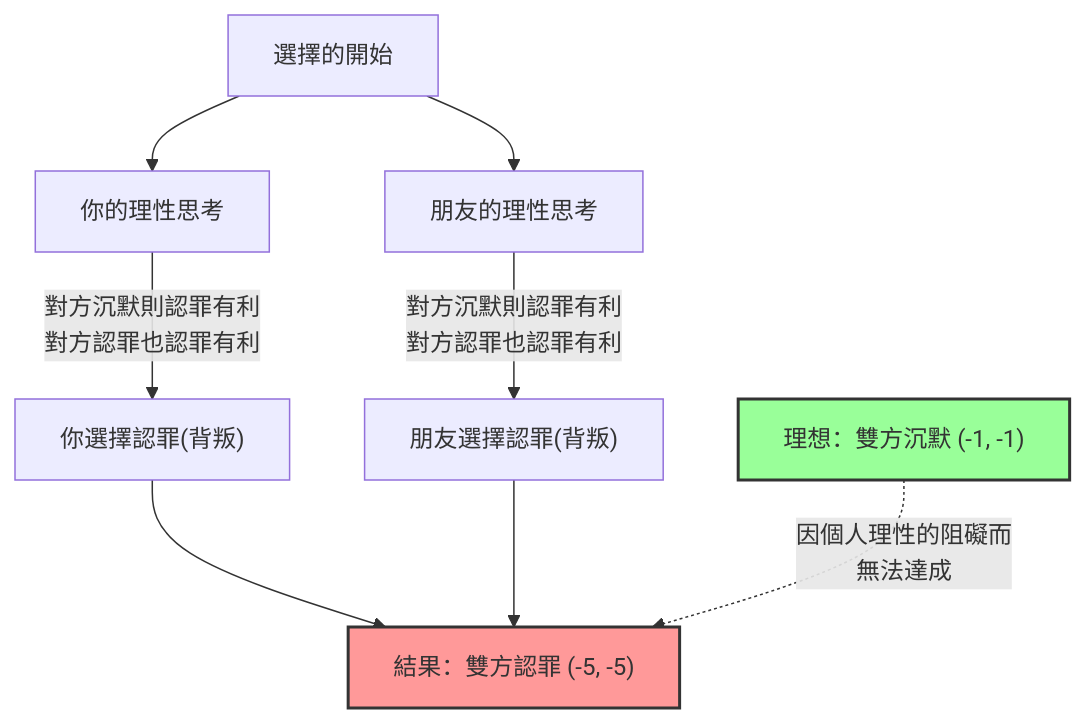
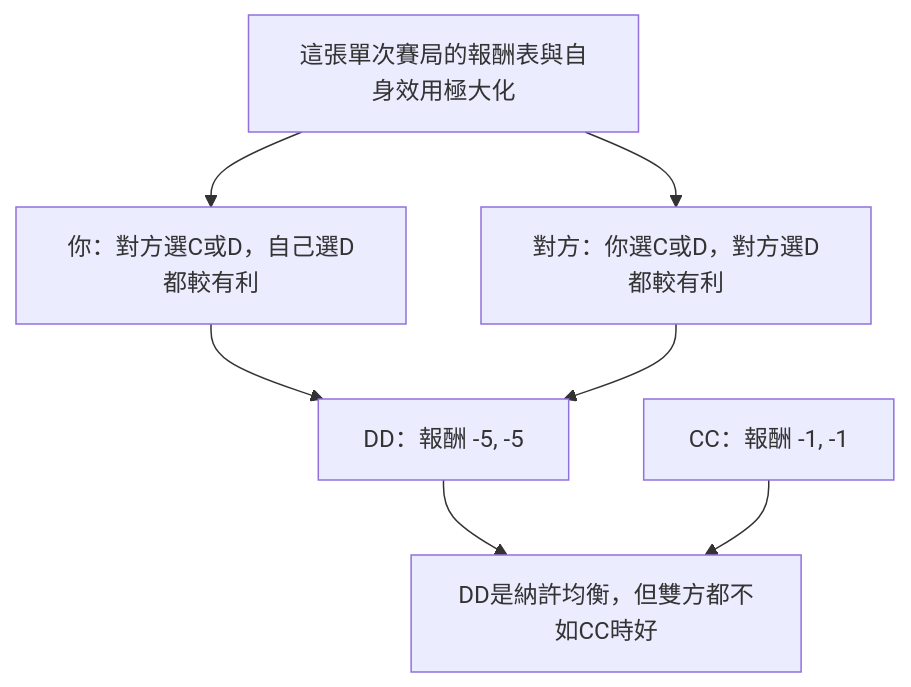
Before and after one commit to kenjinote/blog: the first of 2 diagrams in content/post/囚人のジレンマ/index.zh-tw.md, drawn with Mermaid. The commit also changed other lines of this file and 9 other files, not shown here.

````diff
--- a/content/post/囚人のジレンマ/index.zh-tw.md
+++ b/content/post/囚人のジレンマ/index.zh-tw.md
@@ -72,16 +87,9 @@
 ```mermaid
 graph TD
-    Start["選擇的開始"] --> Logic_You["你的理性思考"]
-    Start --> Logic_Friend["朋友的理性思考"]
-    
-    Logic_You -->|"對方沉默則認罪有利<br>對方認罪也認罪有利"| Betray_You["你選擇認罪(背叛)"]
-    Logic_Friend -->|"對方沉默則認罪有利<br>對方認罪也認罪有利"| Betray_Friend["朋友選擇認罪(背叛)"]
-    
-    Betray_You --> Result["結果：雙方認罪 (-5, -5)"]
-    Betray_Friend --> Result
-    
-    Ideal["理想：雙方沉默 (-1, -1)"] -.->|"因個人理性的阻礙而<br>無法達成"| Result
-    
-    style Result fill:#ff9999,stroke:#333,stroke-width:2px
-    style Ideal fill:#99ff99,stroke:#333,stroke-width:2px
+    Model["這張單次賽局的報酬表與自身效用極大化"] --> You["你：對方選C或D，自己選D都較有利"]
+    Model --> Other["對方：你選C或D，對方選D都較有利"]
+    You --> DD["DD：報酬 -5, -5"]
+    Other --> DD
+    DD --> Compare["DD是納許均衡，但雙方都不如CC時好"]
+    CC["CC：報酬 -1, -1"] --> Compare
 ```
````
